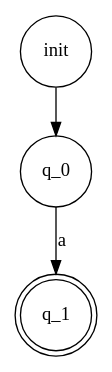
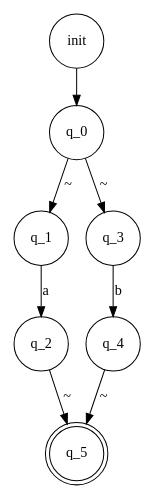
Before and after one commit to salcosser/grepy: the diagram in _Grepy/grepy/NFA.DOT, drawn with Graphviz. The commit also changed 7 other files, not shown here.

```diff
--- a/_Grepy/grepy/NFA.DOT
+++ b/_Grepy/grepy/NFA.DOT
@@ -1,8 +1,13 @@
 digraph NFA {
 rankdir=q
 size="8,5"
-node [shape = doublecircle]; q_1;
+node [shape = doublecircle]; q_5;
 node [shape = circle];
 init -> q_0 [style=solid]
-q_0 -> q_1 [ label= "a"];
+q_0 -> q_1 [ label= "~"];
+q_0 -> q_3 [ label= "~"];
+q_1 -> q_2 [ label= "a"];
+q_2 -> q_5 [ label= "~"];
+q_3 -> q_4 [ label= "b"];
+q_4 -> q_5 [ label= "~"];
 }
```
